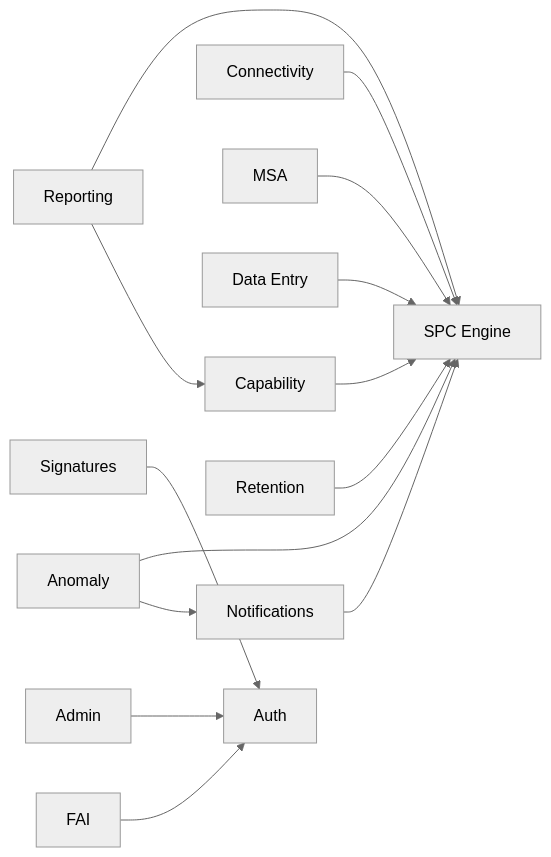
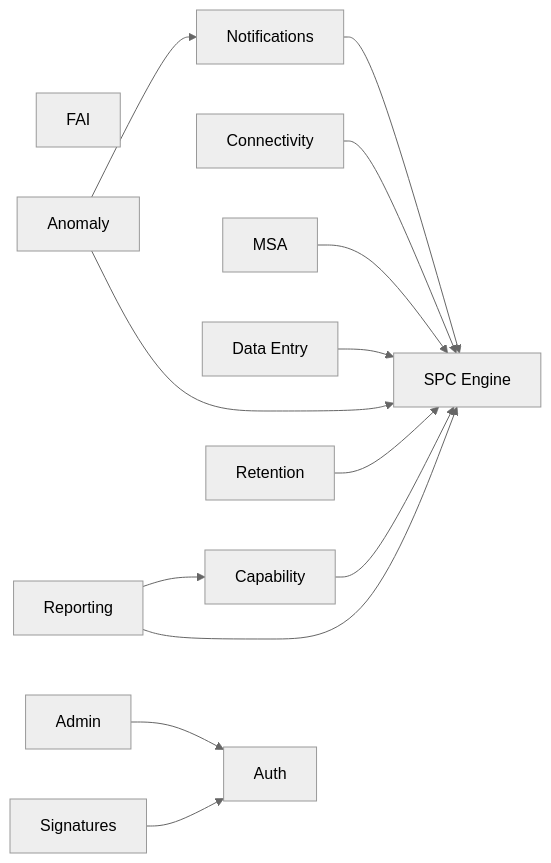
Before and after one commit to saturnis-io/cassini: the first of 3 diagrams in .knowledge/ARCHITECTURE.md, drawn with Mermaid (neutral theme). The commit also changed other lines of this file and 15 other files, not shown here.

Commit message:
knowledge-graph: regenerate

````diff
--- a/.knowledge/ARCHITECTURE.md
+++ b/.knowledge/ARCHITECTURE.md
@@ -9,44 +9,43 @@
 ```mermaid
 graph LR
     spc-engine[SPC Engine]
     capability[Capability]
     connectivity[Connectivity]
     msa[MSA]
     fai[FAI]
     data-entry[Data Entry]
     notifications[Notifications]
     signatures[Signatures]
     anomaly[Anomaly]
     retention[Retention]
     auth[Auth]
     admin[Admin]
     reporting[Reporting]
 
     data-entry --> spc-engine
     capability --> spc-engine
     anomaly --> spc-engine
     anomaly --> notifications
     connectivity --> spc-engine
     msa --> spc-engine
     reporting --> spc-engine
     reporting --> capability
     signatures --> auth
     retention --> spc-engine
     notifications --> spc-engine
     admin --> auth
-    fai --> auth
 
     click spc-engine "features/spc-engine.md"
     click capability "features/capability.md"
     click connectivity "features/connectivity.md"
     click msa "features/msa.md"
     click fai "features/fai.md"
     click data-entry "features/data-entry.md"
     click notifications "features/notifications.md"
     click signatures "features/signatures.md"
     click anomaly "features/anomaly.md"
     click retention "features/retention.md"
     click auth "features/auth.md"
     click admin "features/admin.md"
     click reporting "features/reporting.md"
 ```
````
